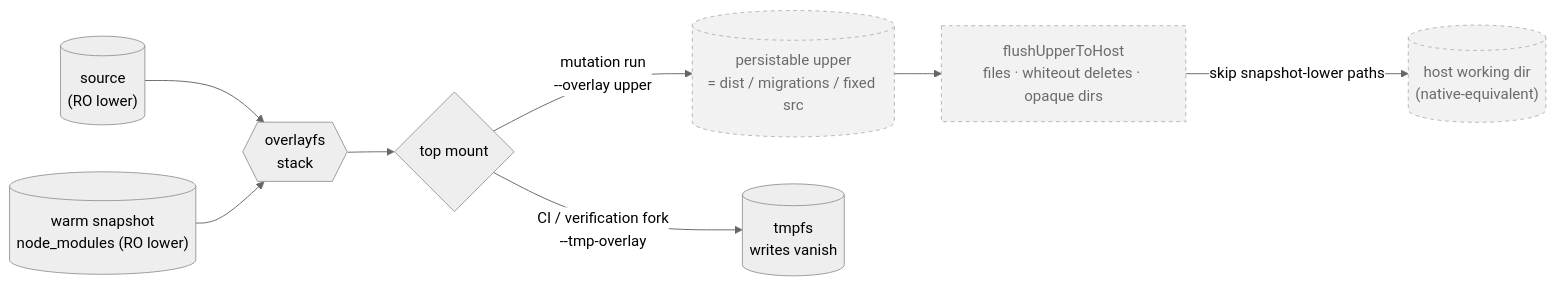
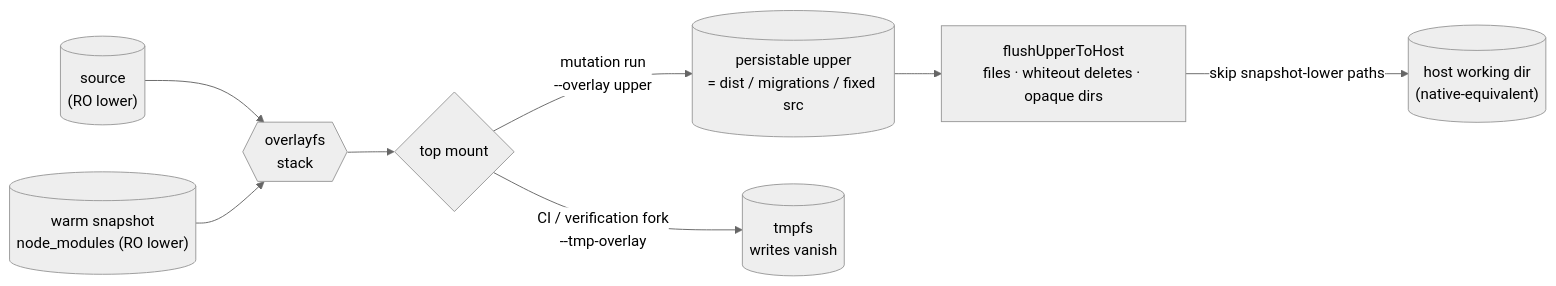
One commit to Esposter/Esposter changed the second of 2 diagrams in features/virrun/architecture.md. Above: the diagram before and after it, drawn with Mermaid (neutral theme). The commit also changed other lines of this file and 18 other files, not shown here.

````diff
--- a/features/virrun/architecture.md
+++ b/features/virrun/architecture.md
@@ -111,15 +107,12 @@
 ```mermaid
 flowchart LR
     src[("source\n(RO lower)")] --> ov{{"overlayfs\nstack"}}
     snap[("warm snapshot\nnode_modules (RO lower)")] --> ov
 
     ov --> top{"top mount"}
     top -->|"mutation run\n--overlay upper"| up[("persistable upper\n= dist / migrations / fixed src")]
     top -->|"CI / verification fork\n--tmp-overlay"| vanish[("tmpfs\nwrites vanish")]
 
     up --> flush["flushUpperToHost\nfiles · whiteout deletes · opaque dirs"]
     flush -->|"skip snapshot-lower paths"| host[("host working dir\n(native-equivalent)")]
-
-    classDef planned stroke-dasharray:4 4,opacity:0.75;
-    class up,flush,host planned;
 ```
````
